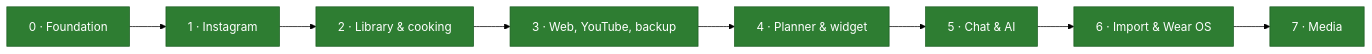
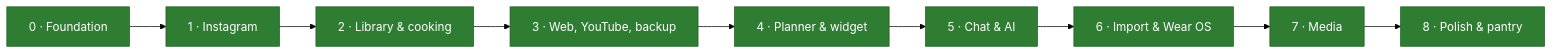
Before and after one commit to inthevortex/recipe-catcher: the fifth of 5 diagrams in README.md, drawn with Mermaid (forest theme). The commit also changed other lines of this file and 10 other files, not shown here.

````diff
--- a/README.md
+++ b/README.md
@@ -530,6 +560,6 @@
 ```mermaid
 flowchart LR
-  W0["0 · Foundation"]:::done --> W1["1 · Instagram"]:::done --> W2["2 · Library & cooking"]:::done --> W3["3 · Web, YouTube, backup"]:::done --> W4["4 · Planner & widget"]:::done --> W5["5 · Chat & AI"]:::done --> W6["6 · Import & Wear OS"]:::done --> W7["7 · Media"]:::done
+  W0["0 · Foundation"]:::done --> W1["1 · Instagram"]:::done --> W2["2 · Library & cooking"]:::done --> W3["3 · Web, YouTube, backup"]:::done --> W4["4 · Planner & widget"]:::done --> W5["5 · Chat & AI"]:::done --> W6["6 · Import & Wear OS"]:::done --> W7["7 · Media"]:::done --> W8["8 · Polish & pantry"]:::done
   classDef done fill:#2e7d32,color:#fff,stroke:#1b5e20
   classDef wip fill:#f9a825,color:#000,stroke:#f57f17
 ```
````
